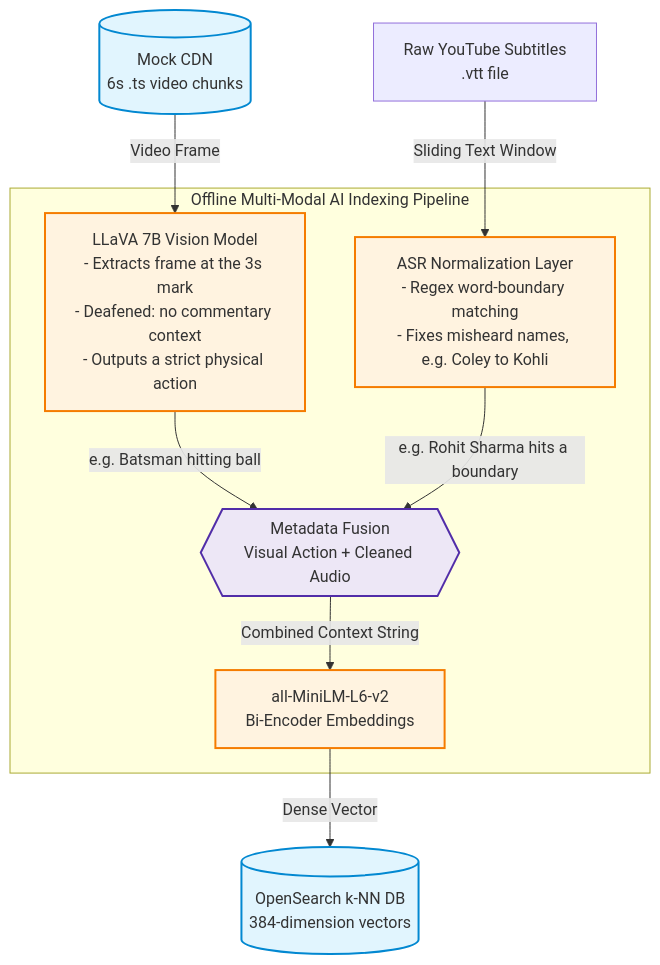
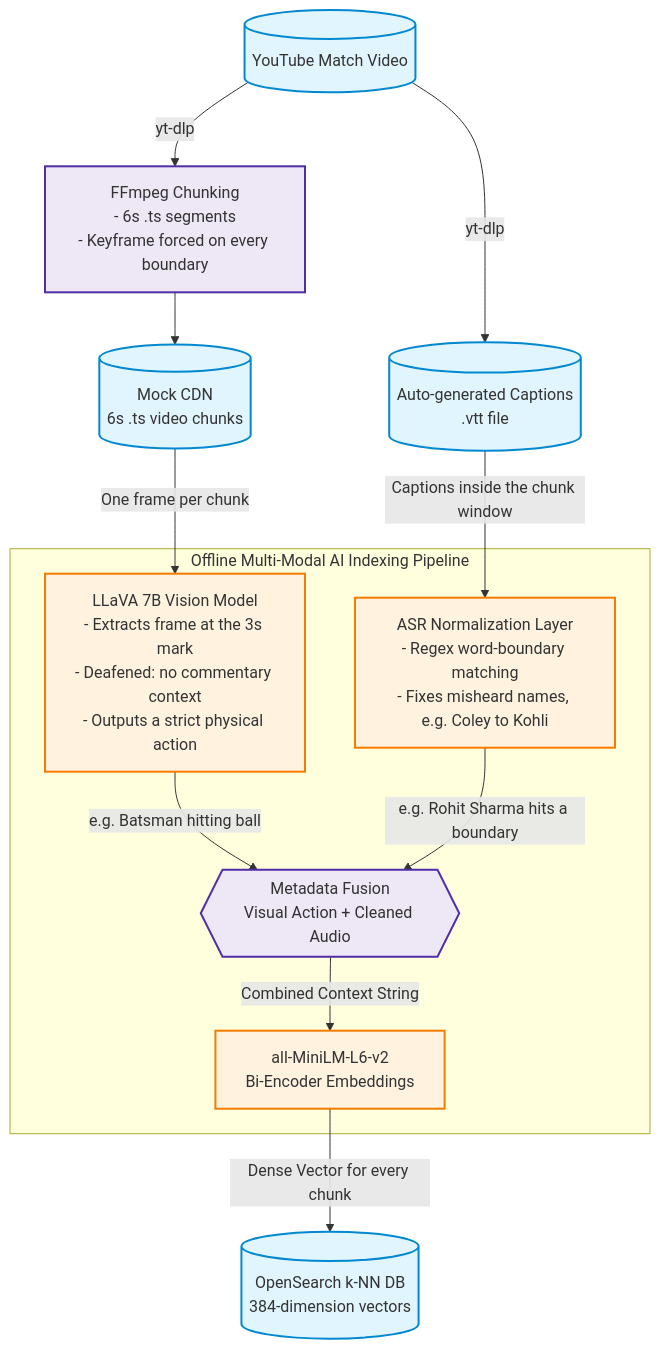
One commit to MNKCrypto/semantic-stream changed the second of 3 diagrams in readme.md. Above: the diagram before and after it, drawn with Mermaid. The commit also changed other lines of this file, not shown here.

Commit message:
Add architecture overview and regroup flow diagrams

````diff
--- a/readme.md
+++ b/readme.md
@@ -23,28 +54,33 @@
 ```mermaid
 flowchart TD
+    YT[("YouTube Match Video")]
+    Slice["FFmpeg Chunking<br/>- 6s .ts segments<br/>- Keyframe forced on every boundary"]
     CDN[("Mock CDN<br/>6s .ts video chunks")]
-    VTT["Raw YouTube Subtitles<br/>.vtt file"]
+    VTT[("Auto-generated Captions<br/>.vtt file")]
 
     subgraph Offline_AI["Offline Multi-Modal AI Indexing Pipeline"]
         LLaVA["LLaVA 7B Vision Model<br/>- Extracts frame at the 3s mark<br/>- Deafened: no commentary context<br/>- Outputs a strict physical action"]
         ASR["ASR Normalization Layer<br/>- Regex word-boundary matching<br/>- Fixes misheard names, e.g. Coley to Kohli"]
         Fusion{{"Metadata Fusion<br/>Visual Action + Cleaned Audio"}}
         Embed["all-MiniLM-L6-v2<br/>Bi-Encoder Embeddings"]
     end
 
     VectorDB[("OpenSearch k-NN DB<br/>384-dimension vectors")]
 
-    CDN -->|"Video Frame"| LLaVA
-    VTT -->|"Sliding Text Window"| ASR
+    YT -->|"yt-dlp"| Slice
+    YT -->|"yt-dlp"| VTT
+    Slice --> CDN
+    CDN -->|"One frame per chunk"| LLaVA
+    VTT -->|"Captions inside the chunk window"| ASR
     LLaVA -->|"e.g. Batsman hitting ball"| Fusion
     ASR -->|"e.g. Rohit Sharma hits a boundary"| Fusion
     Fusion -->|"Combined Context String"| Embed
-    Embed -->|"Dense Vector"| VectorDB
+    Embed -->|"Dense Vector for every chunk"| VectorDB
 
     classDef storage fill:#e1f5fe,stroke:#0288d1,stroke-width:2px
     classDef ai fill:#fff3e0,stroke:#f57c00,stroke-width:2px
     classDef process fill:#ede7f6,stroke:#512da8,stroke-width:2px
-    class CDN,VectorDB storage
+    class YT,CDN,VTT,VectorDB storage
     class LLaVA,Embed,ASR ai
-    class Fusion process
+    class Slice,Fusion process
 ```
````
